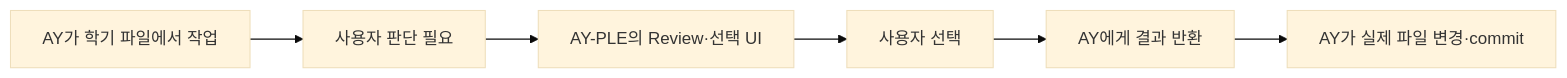
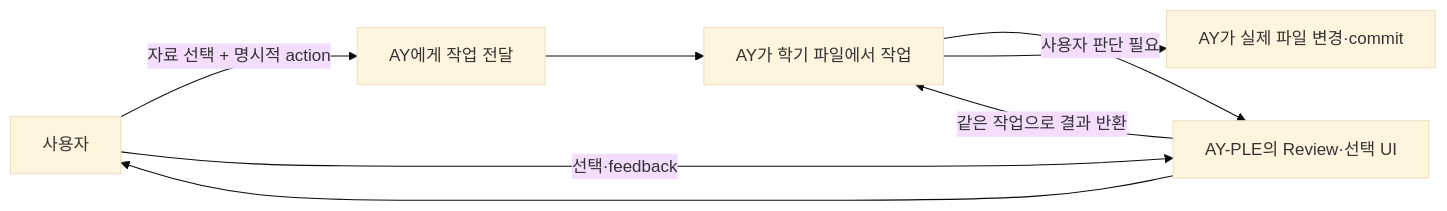
Before and after one commit to Mureung1/hub-showcase: the diagram in docs/product/ay-ple-overview.md, drawn with Mermaid (base theme). The commit also changed other lines of this file and 20 other files, not shown here.

````diff
--- a/docs/product/ay-ple-overview.md
+++ b/docs/product/ay-ple-overview.md
@@ -19,8 +21,10 @@
 ```mermaid
 flowchart LR
-    A["AY가 학기 파일에서 작업"] --> B["사용자 판단 필요"]
-    B --> C["AY-PLE의 Review·선택 UI"]
-    C --> D["사용자 선택"]
-    D --> E["AY에게 결과 반환"]
-    E --> F["AY가 실제 파일 변경·commit"]
+    U["사용자"] -->|"자료 선택 + 명시적 action"| A["AY에게 작업 전달"]
+    A --> B["AY가 학기 파일에서 작업"]
+    B -->|"사용자 판단 필요"| C["AY-PLE의 Review·선택 UI"]
+    C --> U
+    U -->|"선택·feedback"| C
+    C -->|"같은 작업으로 결과 반환"| B
+    B --> F["AY가 실제 파일 변경·commit"]
 ```
````
